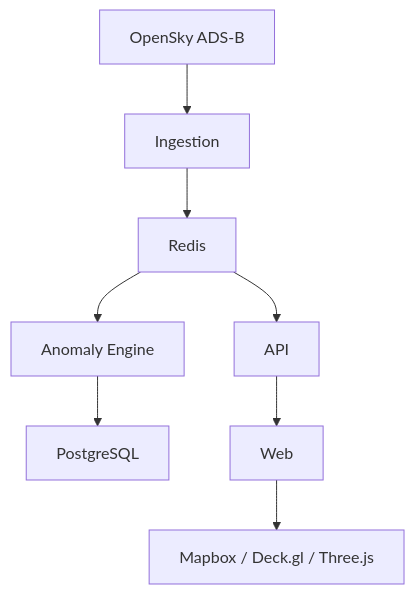
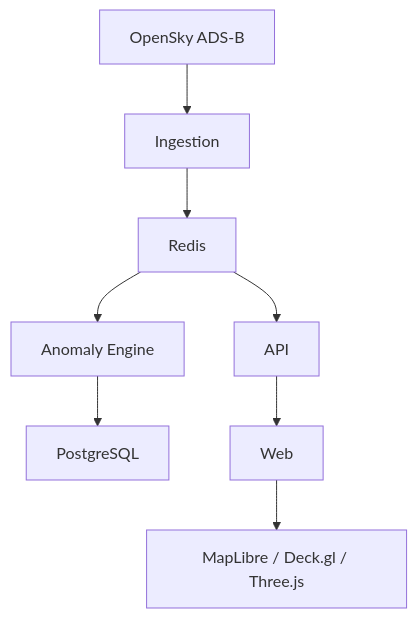
Before and after one commit to schiessti-afk/AETHERA: the diagram in README.md, drawn with Mermaid. The commit also changed other lines of this file and 88 other files, not shown here.

````diff
--- a/README.md
+++ b/README.md
@@ -53,10 +53,10 @@
 ```mermaid
 flowchart TD
   OpenSky[OpenSky ADS-B] --> Ingestion
   Ingestion --> Redis
   Redis --> API[API]
   Redis --> Anomaly[Anomaly Engine]
   Anomaly --> PostgreSQL
   API --> Web[Web]
-  Web --> Viz[Mapbox / Deck.gl / Three.js]
+  Web --> Viz[MapLibre / Deck.gl / Three.js]
 ```
````
